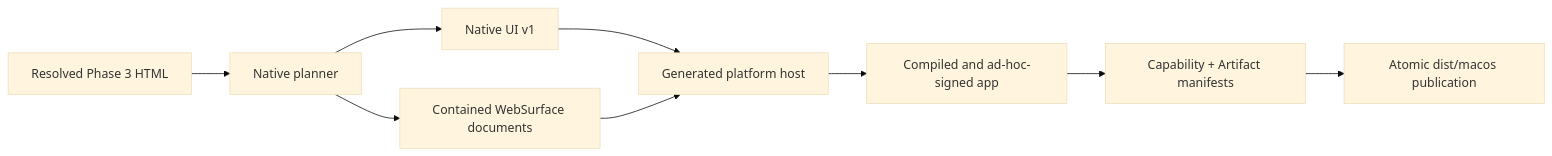
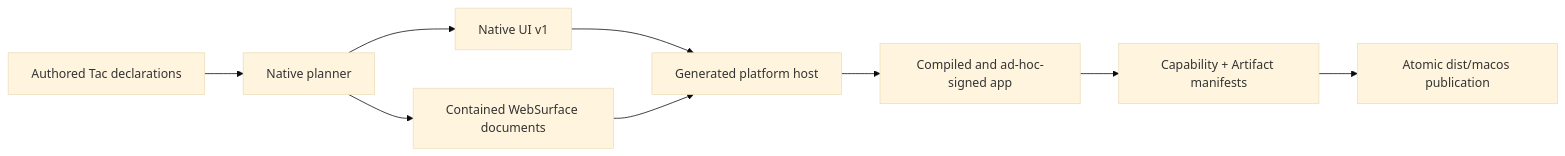
The fourth of 4 diagrams in docs/architecture/OVERVIEW.md (d31ma/Tachyon), drawn with Mermaid (base theme) before and after one commit. The commit also changed other lines of this file and 172 other files, not shown here.

````diff
--- a/docs/architecture/OVERVIEW.md
+++ b/docs/architecture/OVERVIEW.md
@@ -135,11 +151,11 @@
 ```mermaid
 flowchart LR
-    W["Resolved Phase 3 HTML"] --> P["Native planner"]
+    W["Authored Tac declarations"] --> P["Native planner"]
     P --> N["Native UI v1"]
     P --> F["Contained WebSurface documents"]
     N --> S["Generated platform host"]
     F --> S
     S --> A["Compiled and ad-hoc-signed app"]
     A --> M["Capability + Artifact manifests"]
     M --> O["Atomic dist/macos publication"]
 ```
````
